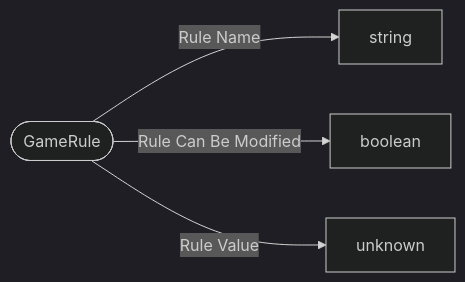
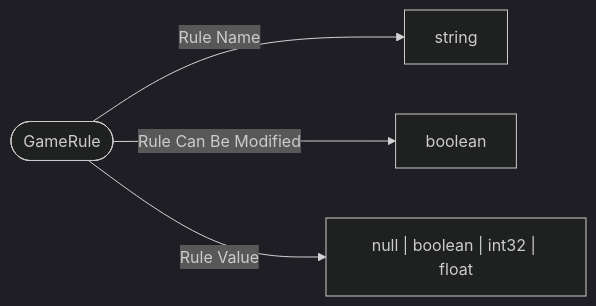
One commit to bedrock-v/protocol-docs changed the diagram in schemas/types/GameRule.md. Above: the diagram before and after it, drawn with Mermaid (dark theme). The commit also changed 114 other files, not shown here.

````diff
--- a/schemas/types/GameRule.md
+++ b/schemas/types/GameRule.md
@@ -5,7 +5,7 @@
 ```mermaid
 flowchart LR
   ROOT(["GameRule"])
   ROOT -->|"Rule Name"| string["string"]
   ROOT -->|"Rule Can Be Modified"| boolean["boolean"]
-  ROOT -->|"Rule Value"| unknown["unknown"]
+  ROOT -->|"Rule Value"| null___boolean___int32___float["null | boolean | int32 | float"]
 ```
````
